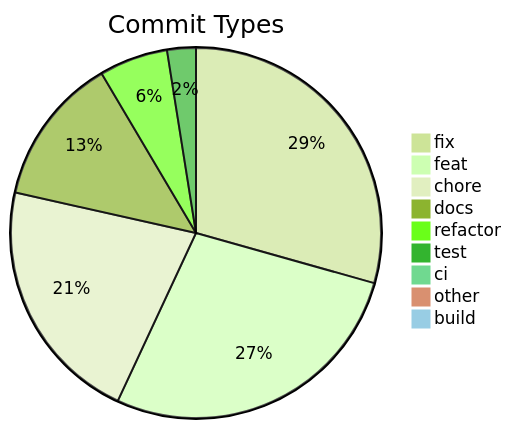
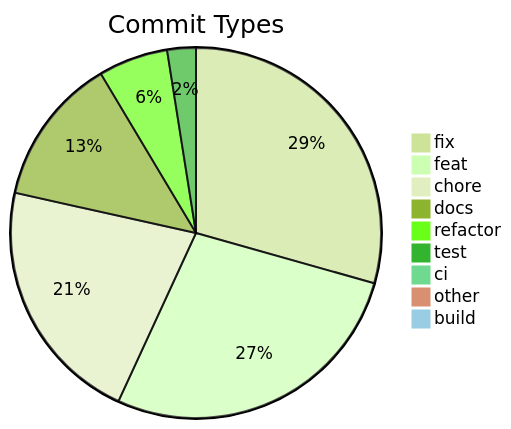
The diagram in .shipwright/compliance/change-history.md (svenroth-ai/shipwright), drawn with Mermaid (forest theme) before and after one commit. The commit also changed other lines of this file and 43 other files, not shown here.

````diff
--- a/.shipwright/compliance/change-history.md
+++ b/.shipwright/compliance/change-history.md
@@ -8,12 +8,12 @@
 ```mermaid
 pie title Commit Types
-    "fix" : 328
+    "fix" : 329
     "feat" : 308
-    "chore" : 241
+    "chore" : 242
     "docs" : 145
-    "refactor" : 67
+    "refactor" : 68
     "test" : 28
     "ci" : 11
-    "other" : 8
+    "other" : 9
     "build" : 1
 ```
````
